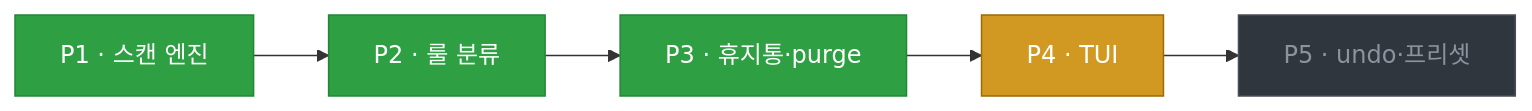
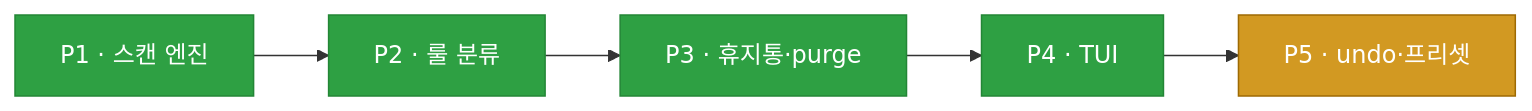
One commit to seeminglyjs/PurgeFs changed the first of 2 diagrams in README.md. Above: the diagram before and after it, drawn with Mermaid. The commit also changed other lines of this file, not shown here.

Commit message:
docs: update README for P4 (TUI done, -i usage, tui pkg)

````diff
--- a/README.md
+++ b/README.md
@@ -9,8 +9,8 @@
 ```mermaid
 flowchart LR
-    P1["P1 · 스캔 엔진"]:::done --> P2["P2 · 룰 분류"]:::done --> P3["P3 · 휴지통·purge"]:::done --> P4["P4 · TUI"]:::current --> P5["P5 · undo·프리셋"]:::todo
+    P1["P1 · 스캔 엔진"]:::done --> P2["P2 · 룰 분류"]:::done --> P3["P3 · 휴지통·purge"]:::done --> P4["P4 · TUI"]:::done --> P5["P5 · undo·프리셋"]:::current
 
     classDef done fill:#2ea043,color:#ffffff,stroke:#238636,stroke-width:1px
     classDef current fill:#d29922,color:#ffffff,stroke:#9e6a03,stroke-width:1px
     classDef todo fill:#30363d,color:#8b949e,stroke:#484f58,stroke-width:1px
 ```
````
